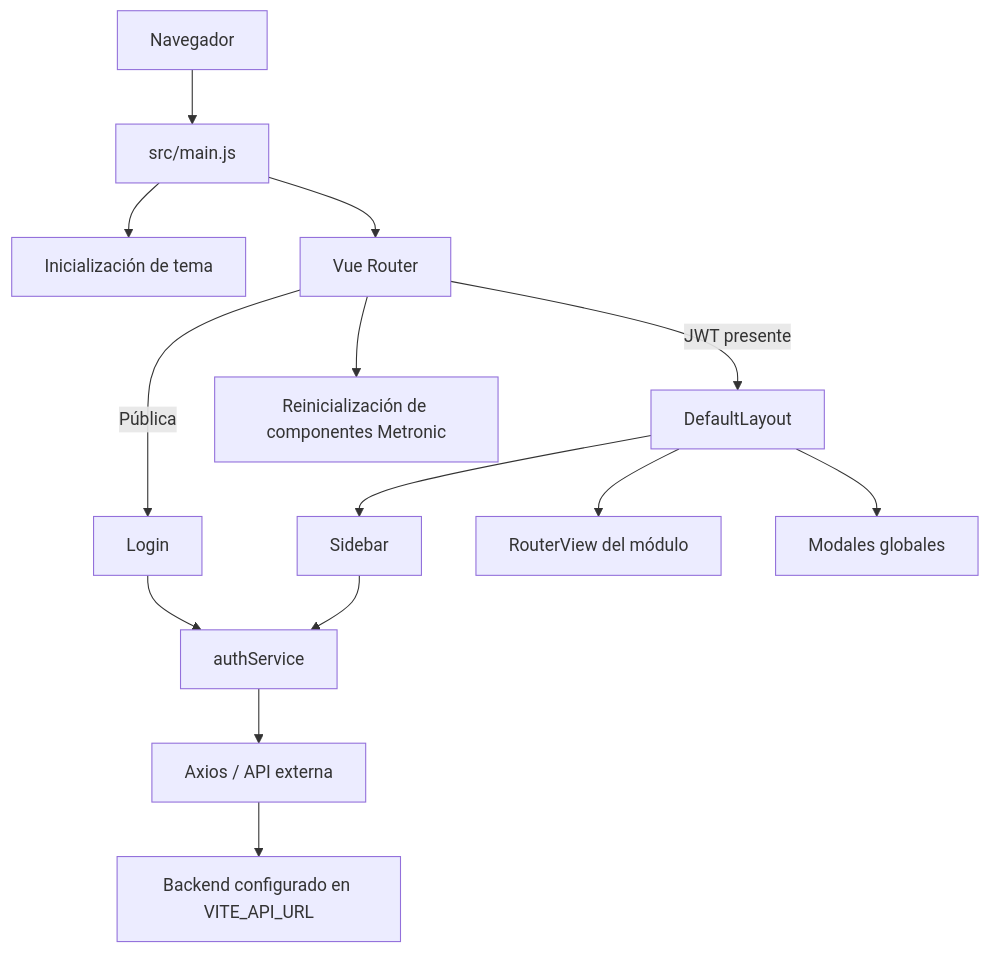
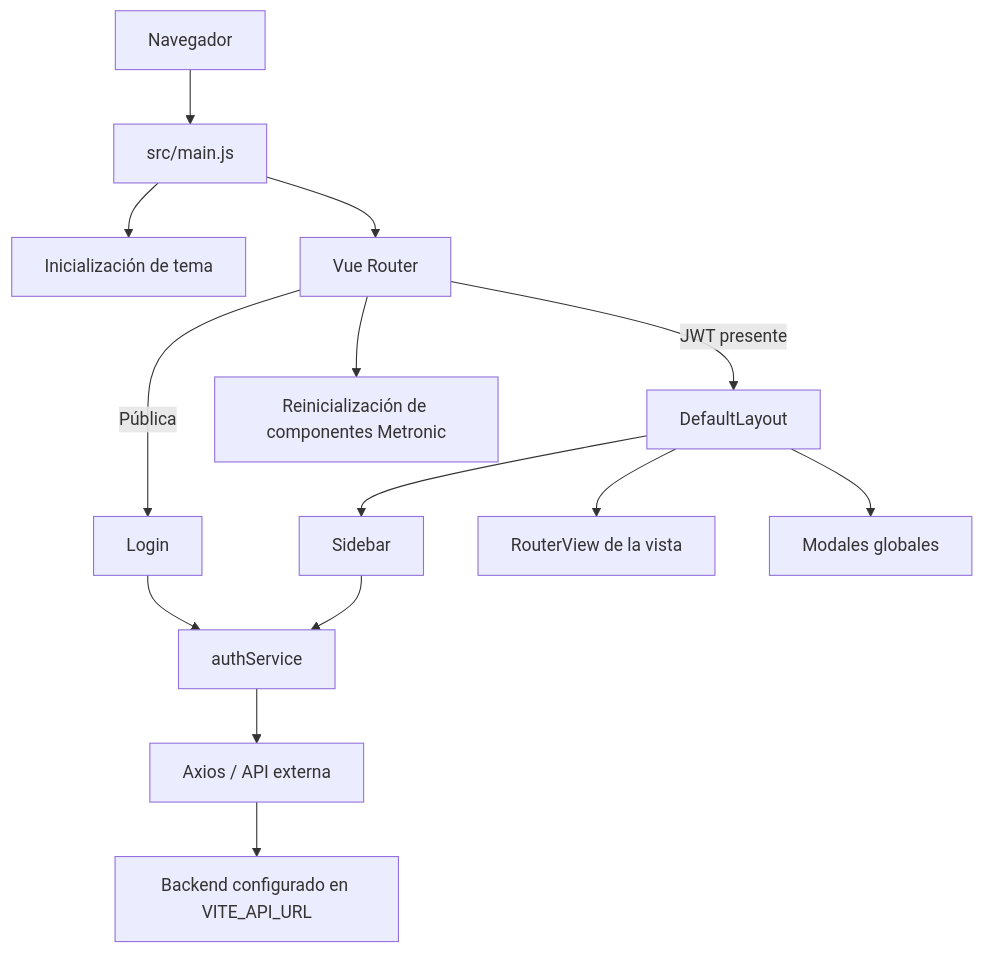
The first of 2 diagrams in MAPEO_PROYECTO VUEJS3.md (jorge-DPS/sedalp-project-gadlp), drawn with Mermaid before and after one commit. The commit also changed other lines of this file and 24 other files, not shown here.

````diff
--- a/MAPEO_PROYECTO VUEJS3.md
+++ b/MAPEO_PROYECTO VUEJS3.md
@@ -15,16 +15,16 @@
 ```mermaid
 flowchart TD
     Browser[Navegador] --> Main[src/main.js]
     Main --> Theme[Inicialización de tema]
     Main --> Router[Vue Router]
     Router -->|Pública| Login[Login]
     Router -->|JWT presente| Layout[DefaultLayout]
     Layout --> Sidebar[Sidebar]
-    Layout --> Content[RouterView del módulo]
+    Layout --> Content[RouterView de la vista]
     Layout --> Modals[Modales globales]
     Login --> AuthService[authService]
     Sidebar --> AuthService
     AuthService --> API[Axios / API externa]
     API --> Backend[Backend configurado en VITE_API_URL]
     Router --> Metronic[Reinicialización de componentes Metronic]
 ```
````
